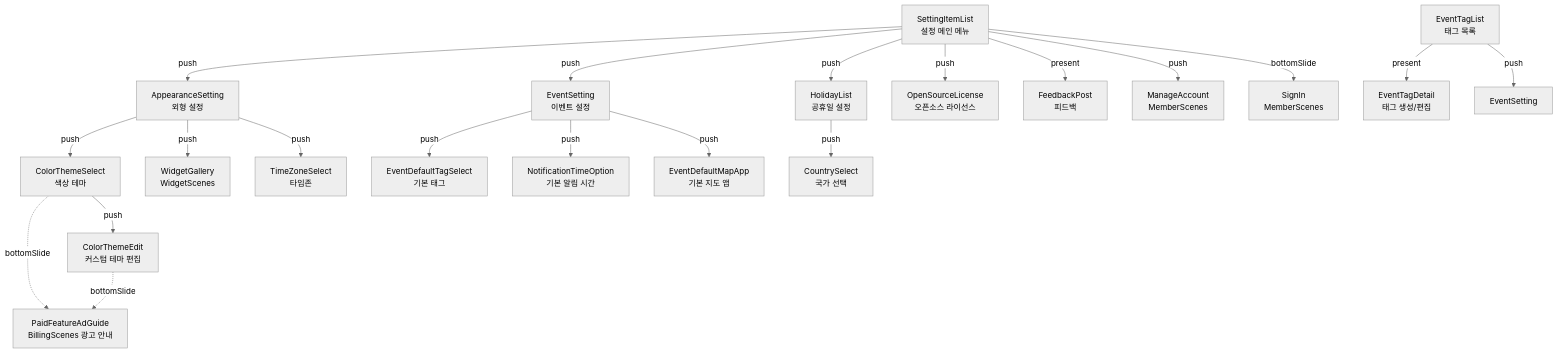
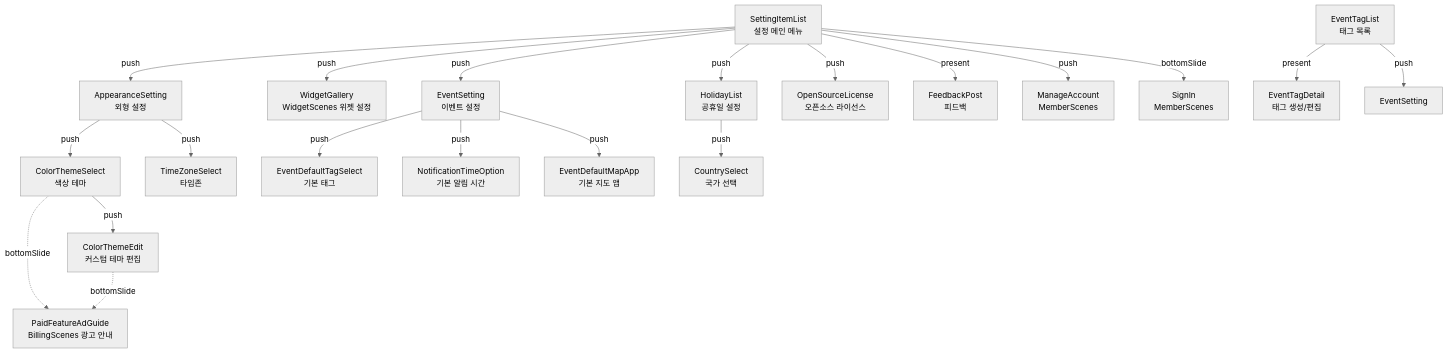
One commit to sudopark/TodoCalendar changed the first of 5 diagrams in Presentations/SettingScene/CLAUDE.md. Above: the diagram before and after it, drawn with Mermaid (neutral theme). The commit also changed other lines of this file and 7 other files, not shown here.

````diff
--- a/Presentations/SettingScene/CLAUDE.md
+++ b/Presentations/SettingScene/CLAUDE.md
@@ -13,26 +13,26 @@
 ```mermaid
 graph TD
     SIL[SettingItemList<br/>설정 메인 메뉴] -->|push| AS[AppearanceSetting<br/>외형 설정]
+    SIL -->|push| WG[WidgetGallery<br/>WidgetScenes 위젯 설정]
     SIL -->|push| ES[EventSetting<br/>이벤트 설정]
     SIL -->|push| HL[HolidayList<br/>공휴일 설정]
     SIL -->|push| OSL[OpenSourceLicense<br/>오픈소스 라이선스]
     SIL -->|present| FP[FeedbackPost<br/>피드백]
     SIL -->|push| MA[ManageAccount<br/>MemberScenes]
     SIL -->|bottomSlide| SI[SignIn<br/>MemberScenes]
 
     AS -->|push| CT[ColorThemeSelect<br/>색상 테마]
     CT -->|push| CTE[ColorThemeEdit<br/>커스텀 테마 편집]
     CT -.->|bottomSlide| CTAG[PaidFeatureAdGuide<br/>BillingScenes 광고 안내]
     CTE -.->|bottomSlide| CTAG
-    AS -->|push| WG[WidgetGallery<br/>WidgetScenes]
     AS -->|push| TZ[TimeZoneSelect<br/>타임존]
 
     ES -->|push| ETS[EventDefaultTagSelect<br/>기본 태그]
     ES -->|push| ENT[NotificationTimeOption<br/>기본 알림 시간]
     ES -->|push| EMA[EventDefaultMapApp<br/>기본 지도 앱]
 
     HL -->|push| CS[CountrySelect<br/>국가 선택]
 
     ETL[EventTagList<br/>태그 목록] -->|present| ETD[EventTagDetail<br/>태그 생성/편집]
     ETL -->|push| ES2[EventSetting]
 ```
````
